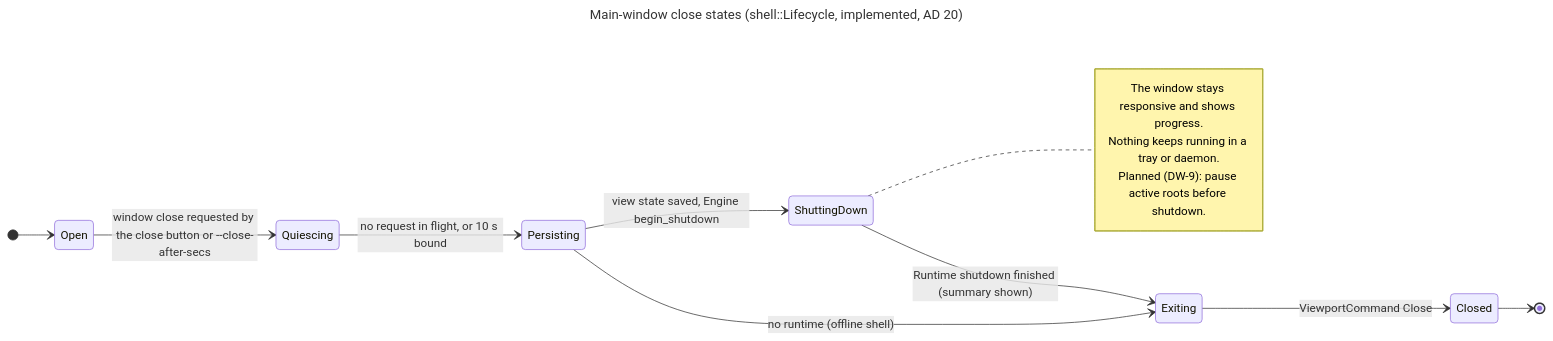
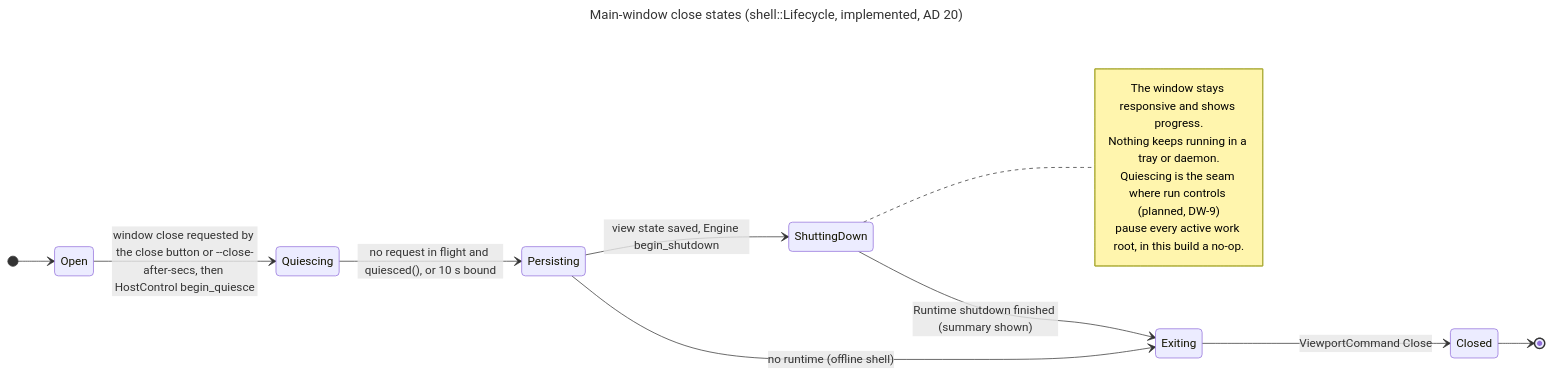
Before and after one commit to SceneWorks/DevWorks: the diagram in docs/architecture/visual/16-shell-close-states.mmd, drawn with Mermaid. The commit also changed 43 other files, not shown here.

```diff
--- a/docs/architecture/visual/16-shell-close-states.mmd
+++ b/docs/architecture/visual/16-shell-close-states.mmd
@@ -1,18 +1,19 @@
 ---
 title: Main-window close states (shell::Lifecycle, implemented, AD 20)
 ---
 stateDiagram-v2
   direction LR
   [*] --> Open
-  Open --> Quiescing : window close requested by the close button or --close-after-secs
-  Quiescing --> Persisting : no request in flight, or 10 s bound
+  Open --> Quiescing : window close requested by the close button or --close-after-secs, then HostControl begin_quiesce
+  Quiescing --> Persisting : no request in flight and quiesced(), or 10 s bound
   Persisting --> ShuttingDown : view state saved, Engine begin_shutdown
   Persisting --> Exiting : no runtime (offline shell)
   ShuttingDown --> Exiting : Runtime shutdown finished (summary shown)
   Exiting --> Closed : ViewportCommand Close
   Closed --> [*]
   note right of ShuttingDown
     The window stays responsive and shows progress.
     Nothing keeps running in a tray or daemon.
-    Planned (DW-9): pause active roots before shutdown.
+    Quiescing is the seam where run controls (planned, DW-9)
+    pause every active work root, in this build a no-op.
   end note
```
